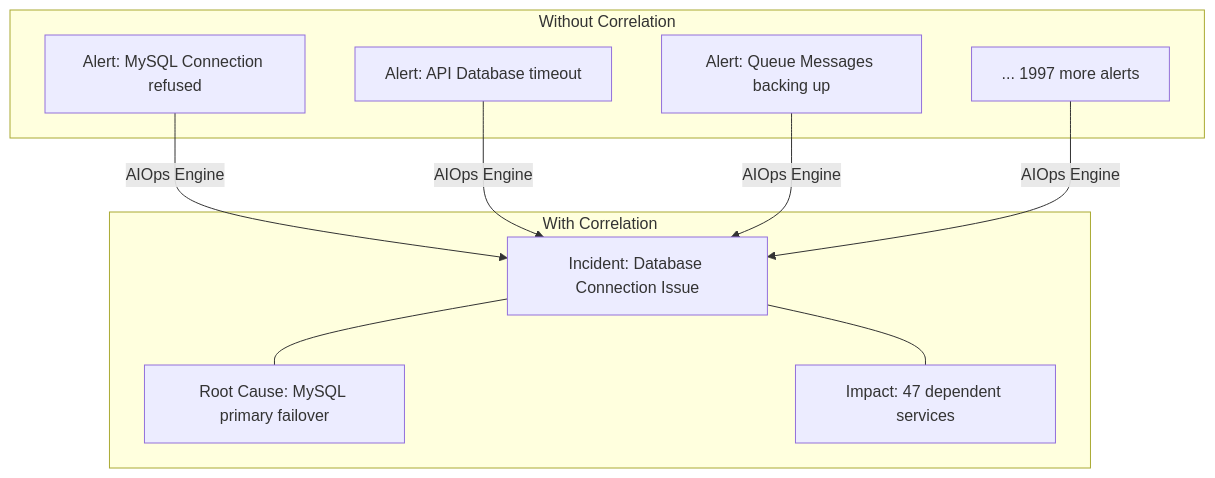
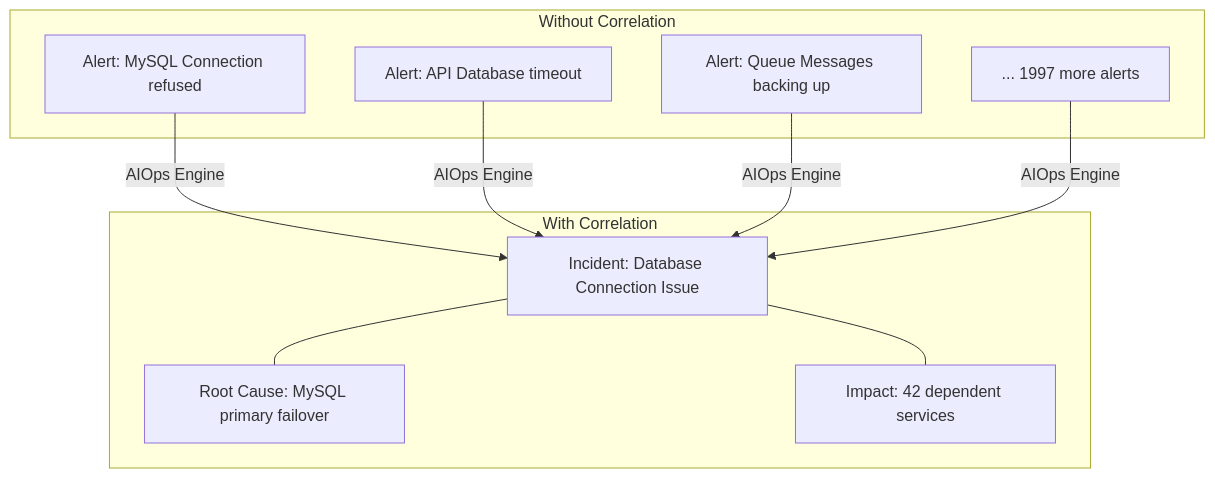
One commit to kube-dojo/kube-dojo changed the fourth of 9 diagrams in src/content/docs/platform/disciplines/data-ai/aiops/module-6.1-aiops-foundations.md. Above: the diagram before and after it, drawn with Mermaid. The commit also changed other lines of this file, not shown here.

````diff
--- a/src/content/docs/platform/disciplines/data-ai/aiops/module-6.1-aiops-foundations.md
+++ b/src/content/docs/platform/disciplines/data-ai/aiops/module-6.1-aiops-foundations.md
@@ -113,17 +113,17 @@
 ```mermaid
 flowchart TD
     subgraph Without Correlation
         A1[Alert: MySQL Connection refused]
         A2[Alert: API Database timeout]
         A3[Alert: Queue Messages backing up]
         A4[... 1997 more alerts]
     end
     subgraph With Correlation
         C1[Incident: Database Connection Issue]
         C2[Root Cause: MySQL primary failover]
-        C3[Impact: 47 dependent services]
+        C3[Impact: 42 dependent services]
         C1 --- C2
         C1 --- C3
     end
     A1 & A2 & A3 & A4 -->|AIOps Engine| C1
 ```
````
